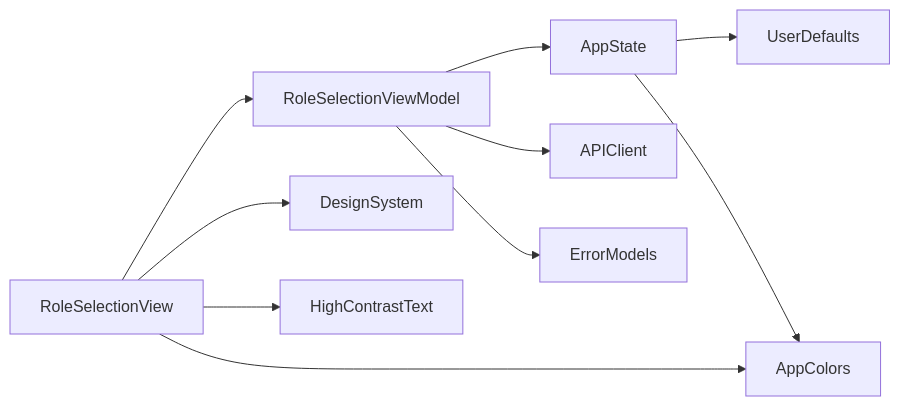
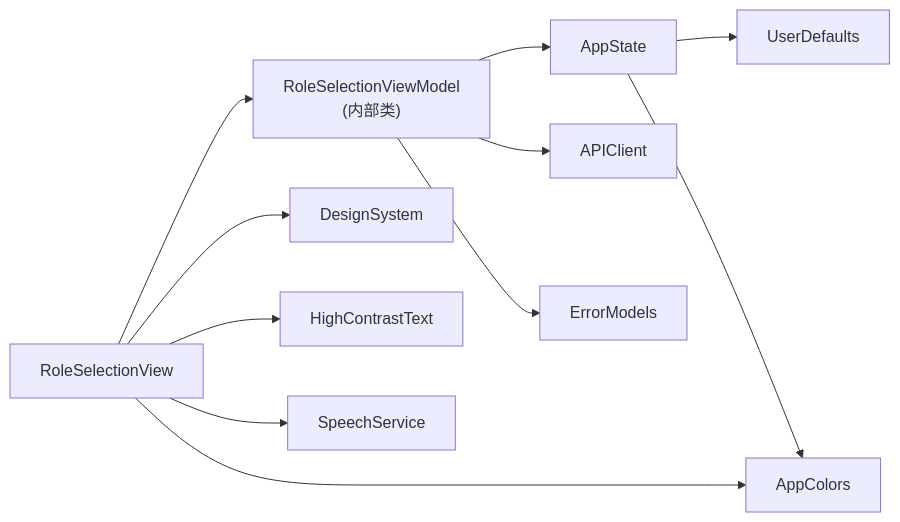
The sixth of 6 diagrams in .qoder/repowiki/zh/content/架构设计/模块化架构设计/Role 角色模块.md (Jayden23018/blind-run-ios), drawn with Mermaid before and after one commit. The commit also changed other lines of this file and 24 other files, not shown here.

````diff
--- a/.qoder/repowiki/zh/content/架构设计/模块化架构设计/Role 角色模块.md
+++ b/.qoder/repowiki/zh/content/架构设计/模块化架构设计/Role 角色模块.md
@@ -350,12 +361,13 @@
 ```mermaid
 graph LR
-RS["RoleSelectionView"] --> RVM["RoleSelectionViewModel"]
+RS["RoleSelectionView"] --> RVM["RoleSelectionViewModel<br/>(内部类)"]
 RVM --> AS["AppState"]
 RVM --> API["APIClient"]
 RS --> DS["DesignSystem"]
 AS --> UD["UserDefaults"]
 AS --> AC["APIEnvironment"]
 RVM --> ES["ErrorModels"]
 RS --> HC["HighContrastText"]
 RS --> AC["AppColors"]
+RS --> SS["SpeechService"]
 ```
````
